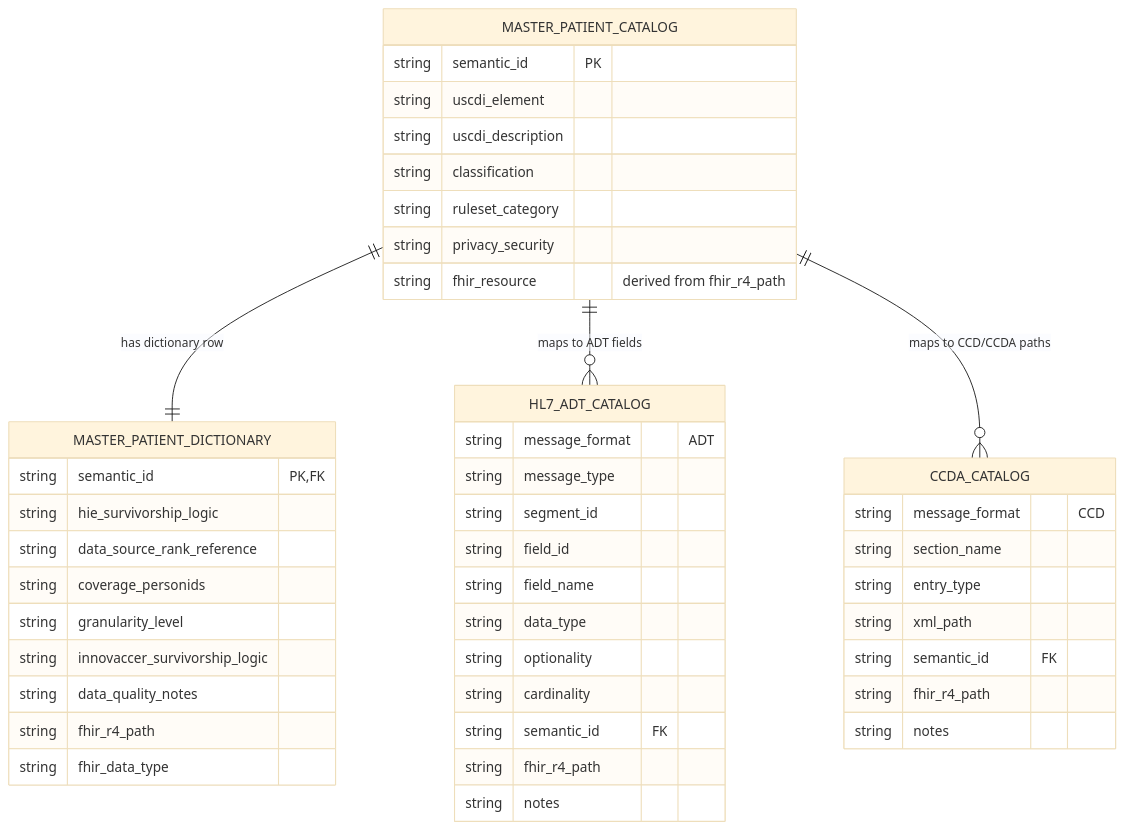
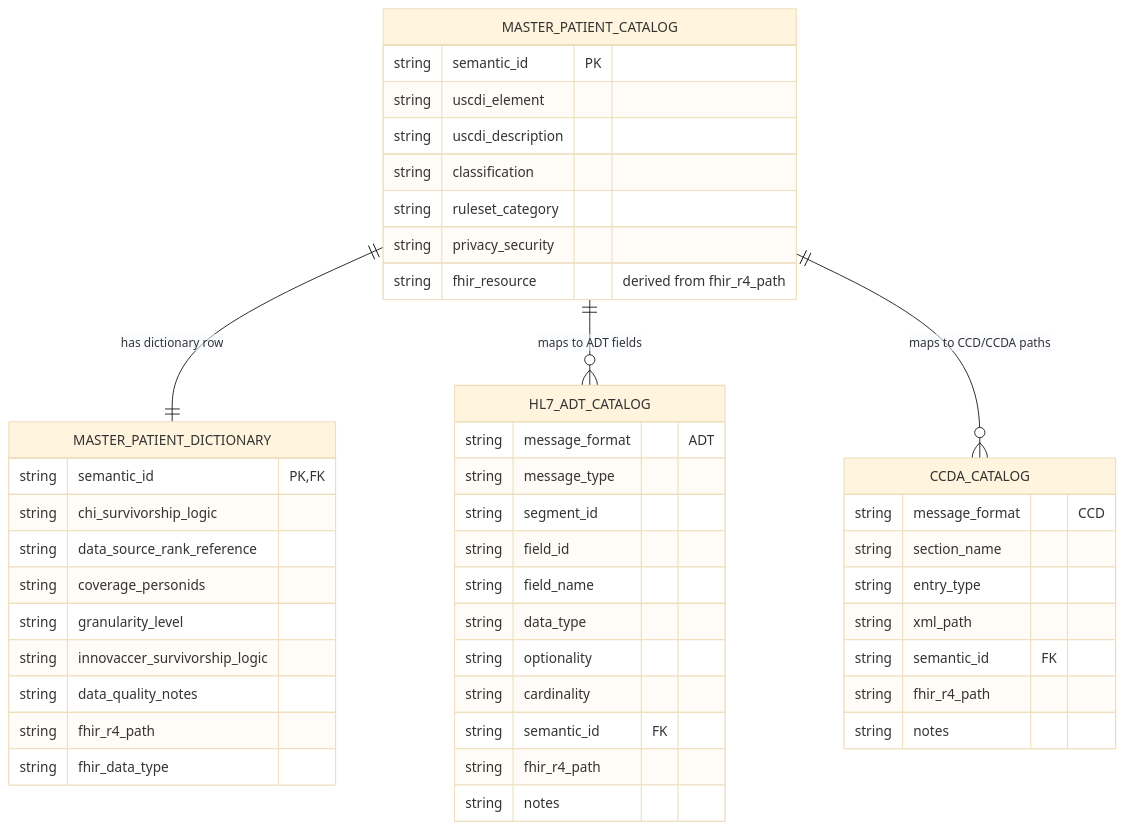
The fourth of 4 diagrams in docs/archive/hl7_ccd_fhir_consideration.md (ajayprashar/chi-data-dictionary-catalog), drawn with Mermaid (base theme) before and after one commit. The commit also changed 28 other files, not shown here.

First line of the commit message:
Update survivorship logic references in data dictionary and documentation

````diff
--- a/docs/archive/hl7_ccd_fhir_consideration.md
+++ b/docs/archive/hl7_ccd_fhir_consideration.md
@@ -623,52 +623,52 @@
 ```mermaid
 erDiagram
     MASTER_PATIENT_CATALOG {
         string semantic_id PK
         string uscdi_element
         string uscdi_description
         string classification
         string ruleset_category
         string privacy_security
         string fhir_resource   "derived from fhir_r4_path"
     }
 
     MASTER_PATIENT_DICTIONARY {
         string semantic_id PK, FK
-        string hie_survivorship_logic
+        string chi_survivorship_logic
         string data_source_rank_reference
         string coverage_personids
         string granularity_level
         string innovaccer_survivorship_logic
         string data_quality_notes
         string fhir_r4_path
         string fhir_data_type
     }
 
     HL7_ADT_CATALOG {
         string message_format   "ADT"
         string message_type
         string segment_id
         string field_id
         string field_name
         string data_type
         string optionality
         string cardinality
         string semantic_id FK
         string fhir_r4_path
         string notes
     }
 
     CCDA_CATALOG {
         string message_format   "CCD"
         string section_name
         string entry_type
         string xml_path
         string semantic_id FK
         string fhir_r4_path
         string notes
     }
 
     MASTER_PATIENT_CATALOG ||--|| MASTER_PATIENT_DICTIONARY : "has dictionary row"
     MASTER_PATIENT_CATALOG ||--o{ HL7_ADT_CATALOG         : "maps to ADT fields"
     MASTER_PATIENT_CATALOG ||--o{ CCDA_CATALOG            : "maps to CCD/CCDA paths"
 ```
````
